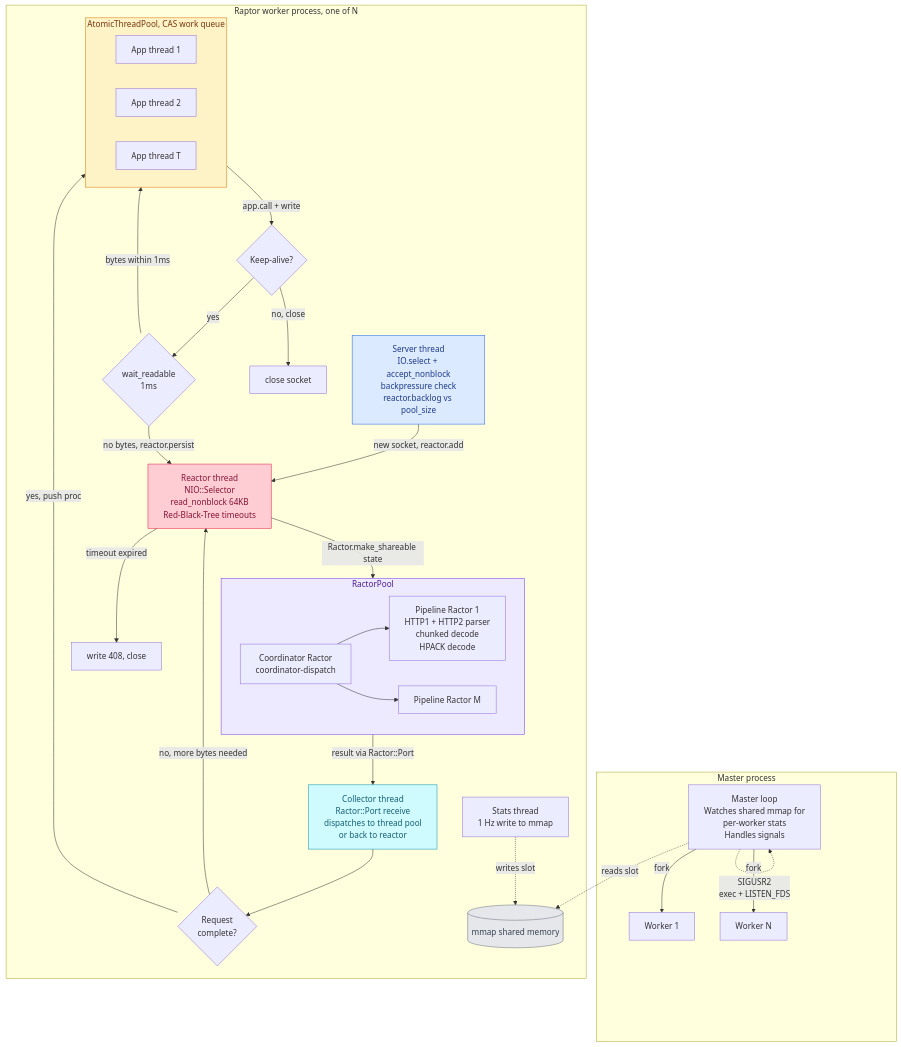
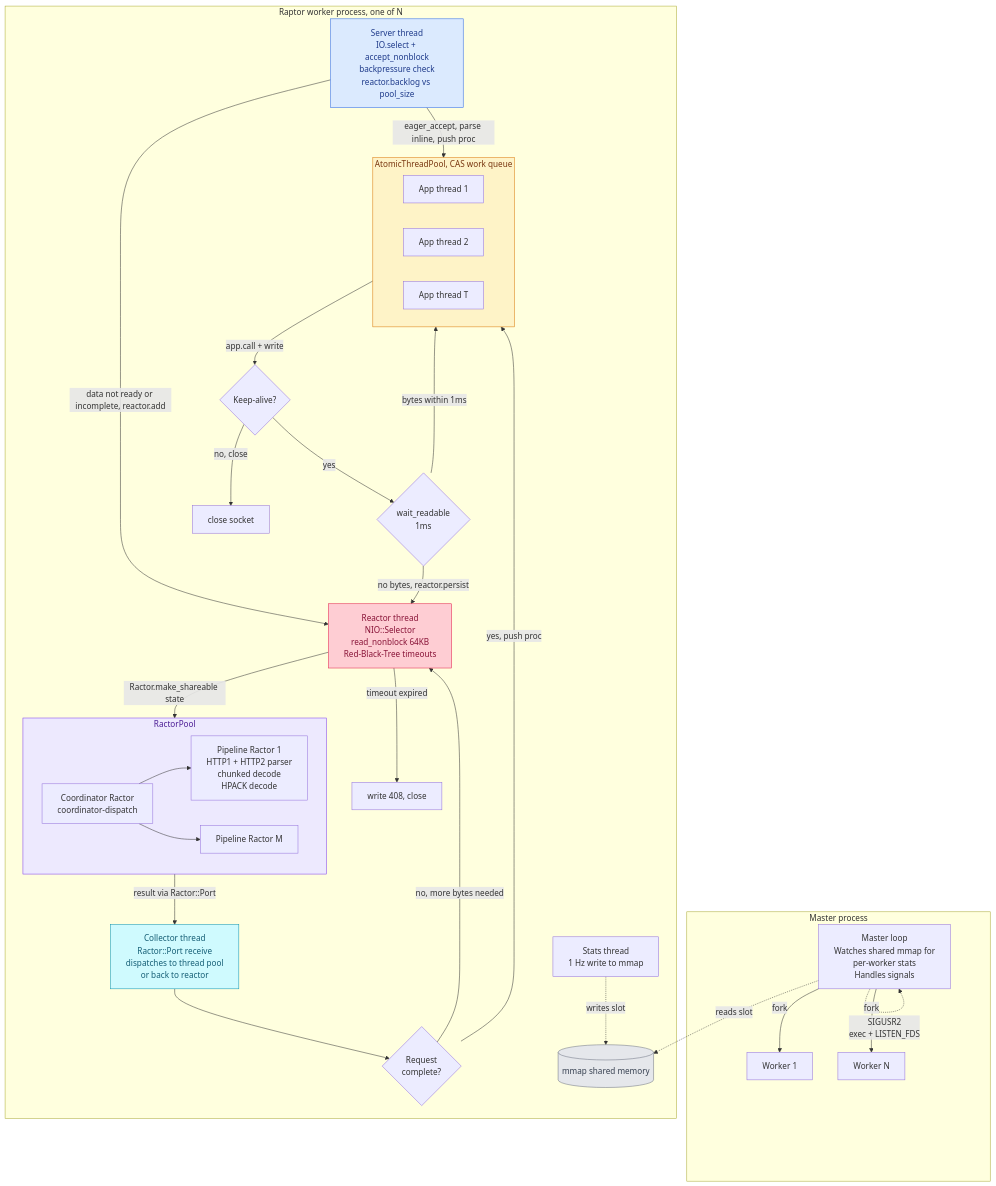
Before and after one commit to joshuay03/raptor: the second of 4 diagrams in docs/raptor-vs-puma.md, drawn with Mermaid. The commit also changed other lines of this file and 3 other files, not shown here.

````diff
--- a/docs/raptor-vs-puma.md
+++ b/docs/raptor-vs-puma.md
@@ -292,67 +298,68 @@
 ```mermaid
 flowchart TB
     subgraph Master["Master process"]
         MM["Master loop<br/>Watches shared mmap for<br/>per-worker stats<br/>Handles signals"]
         MM -->|"fork"| WK1["Worker 1"]
         MM -->|"fork"| WKN["Worker N"]
         MM -.->|"SIGUSR2<br/>exec + LISTEN_FDS"| MM
     end
 
     subgraph Worker["Raptor worker process, one of N"]
         SRV["Server thread<br/>IO.select + accept_nonblock<br/>backpressure check<br/>reactor.backlog vs pool_size"]
 
         RCT["Reactor thread<br/>NIO::Selector<br/>read_nonblock 64KB<br/>Red-Black-Tree timeouts"]
 
         subgraph RP["RactorPool"]
             CRD["Coordinator Ractor<br/>coordinator-dispatch"]
             RW1["Pipeline Ractor 1<br/>HTTP1 + HTTP2 parser<br/>chunked decode<br/>HPACK decode"]
             RWM["Pipeline Ractor M"]
             CRD --> RW1
             CRD --> RWM
         end
 
         COL["Collector thread<br/>Ractor::Port receive<br/>dispatches to thread pool<br/>or back to reactor"]
 
         subgraph ATP["AtomicThreadPool, CAS work queue"]
             TR1["App thread 1"]
             TR2["App thread 2"]
             TR3["App thread T"]
         end
 
         STA["Stats thread<br/>1 Hz write to mmap"]
 
         CHK{"Request<br/>complete?"}
         KA{"Keep-alive?"}
         EAG{"wait_readable<br/>1ms"}
 
-        SRV -->|"new socket, reactor.add"| RCT
+        SRV -->|"eager_accept, parse inline, push proc"| ATP
+        SRV -->|"data not ready or incomplete, reactor.add"| RCT
         RCT -->|"Ractor.make_shareable state"| RP
         RP -->|"result via Ractor::Port"| COL
         COL --> CHK
         CHK -->|"no, more bytes needed"| RCT
         CHK -->|"yes, push proc"| ATP
         ATP -->|"app.call + write"| KA
         KA -->|"no, close"| CLS["close socket"]
         KA -->|"yes"| EAG
         EAG -->|"bytes within 1ms"| ATP
         EAG -->|"no bytes, reactor.persist"| RCT
         RCT -->|"timeout expired"| TO["write 408, close"]
 
         STA -.->|"writes slot"| SHM[("mmap shared memory")]
     end
 
     MM -.->|"reads slot"| SHM
 
     classDef accept fill:#dbeafe,stroke:#2563eb,color:#1e3a8a
     classDef reactor fill:#fecdd3,stroke:#e11d48,color:#881337
     classDef parse fill:#ede9fe,stroke:#7c3aed,color:#4c1d95
     classDef pool fill:#fef3c7,stroke:#d97706,color:#78350f
     classDef collector fill:#cffafe,stroke:#0891b2,color:#155e75
     classDef storage fill:#e5e7eb,stroke:#6b7280,color:#374151
     class SRV accept
     class RCT reactor
     class RP parse
     class ATP pool
     class COL collector
     class SHM storage
 ```
````
